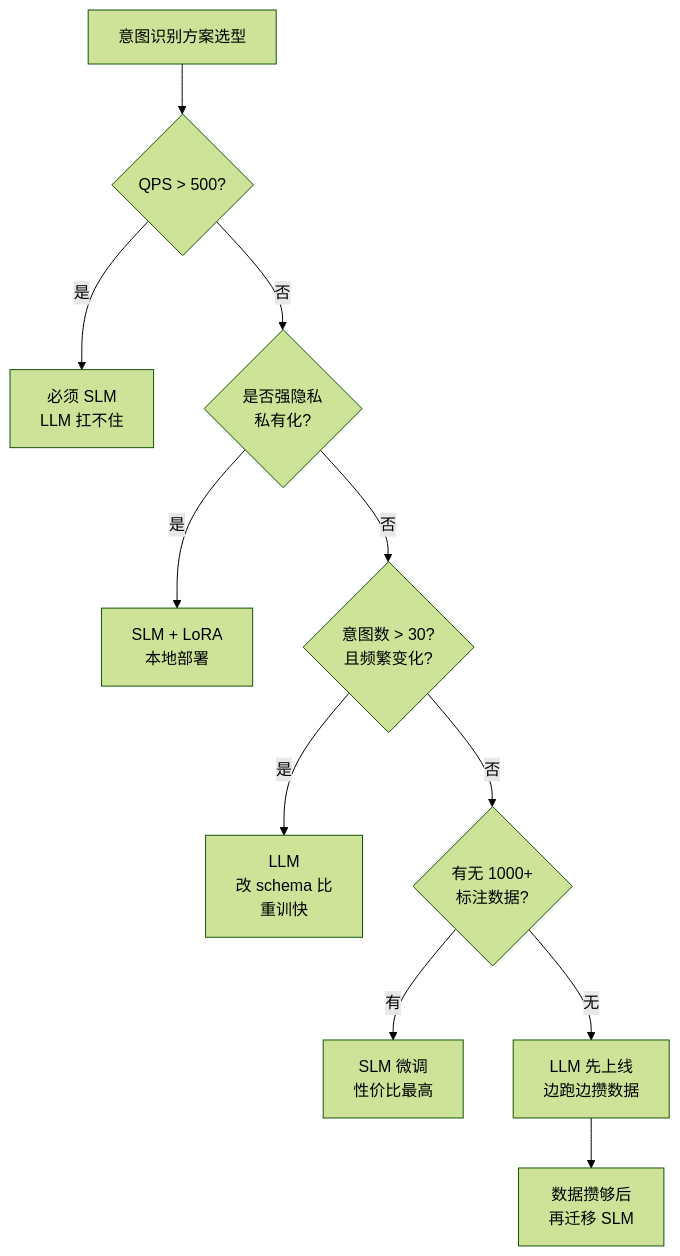
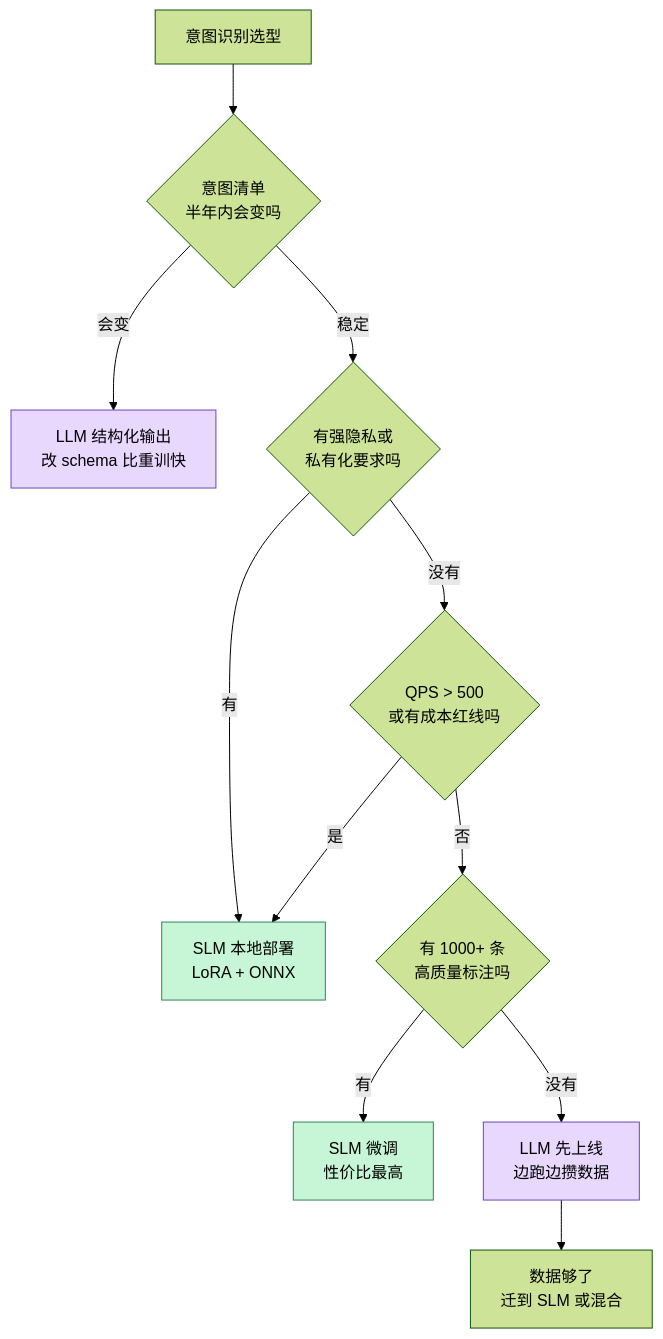
Before and after one commit to tanteng/blog: the sixth of 7 diagrams in content/posts/intent-recognition-slm-vs-function-calling.md, drawn with Mermaid (forest theme). The commit also changed other lines of this file, not shown here.

Commit message:
docs: 重写意图识别 SLM vs Function Calling 文章

````diff
--- a/content/posts/intent-recognition-slm-vs-function-calling.md
+++ b/content/posts/intent-recognition-slm-vs-function-calling.md
@@ -223,13 +645,18 @@
 ```mermaid
 graph TD
-    A[意图识别方案选型] --> B{QPS > 500?}
-    B -->|是| C[必须 SLM<br/>LLM 扛不住]
-    B -->|否| D{是否强隐私<br/>私有化?}
-    D -->|是| E[SLM + LoRA<br/>本地部署]
-    D -->|否| F{意图数 > 30?<br/>且频繁变化?}
-    F -->|是| G[LLM<br/>改 schema 比<br/>重训快]
-    F -->|否| H{有无 1000+<br/>标注数据?}
-    H -->|有| I[SLM 微调<br/>性价比最高]
-    H -->|无| J[LLM 先上线<br/>边跑边攒数据]
-    J --> K[数据攒够后<br/>再迁移 SLM]
+    A[意图识别选型] --> B{意图清单<br/>半年内会变吗}
+    B -->|会变| C[LLM 结构化输出<br/>改 schema 比重训快]
+    B -->|稳定| D{有强隐私或<br/>私有化要求吗}
+    D -->|有| E[SLM 本地部署<br/>LoRA + ONNX]
+    D -->|没有| F{QPS > 500<br/>或有成本红线吗}
+    F -->|是| E
+    F -->|否| G{有 1000+ 条<br/>高质量标注吗}
+    G -->|有| H[SLM 微调<br/>性价比最高]
+    G -->|没有| I[LLM 先上线<br/>边跑边攒数据]
+    I --> J[数据够了<br/>迁到 SLM 或混合]
+
+    style C fill:#e9d8fd,stroke:#6b46c1
+    style E fill:#c6f6d5,stroke:#2f855a
+    style H fill:#c6f6d5,stroke:#2f855a
+    style I fill:#e9d8fd,stroke:#6b46c1
 ```
````
